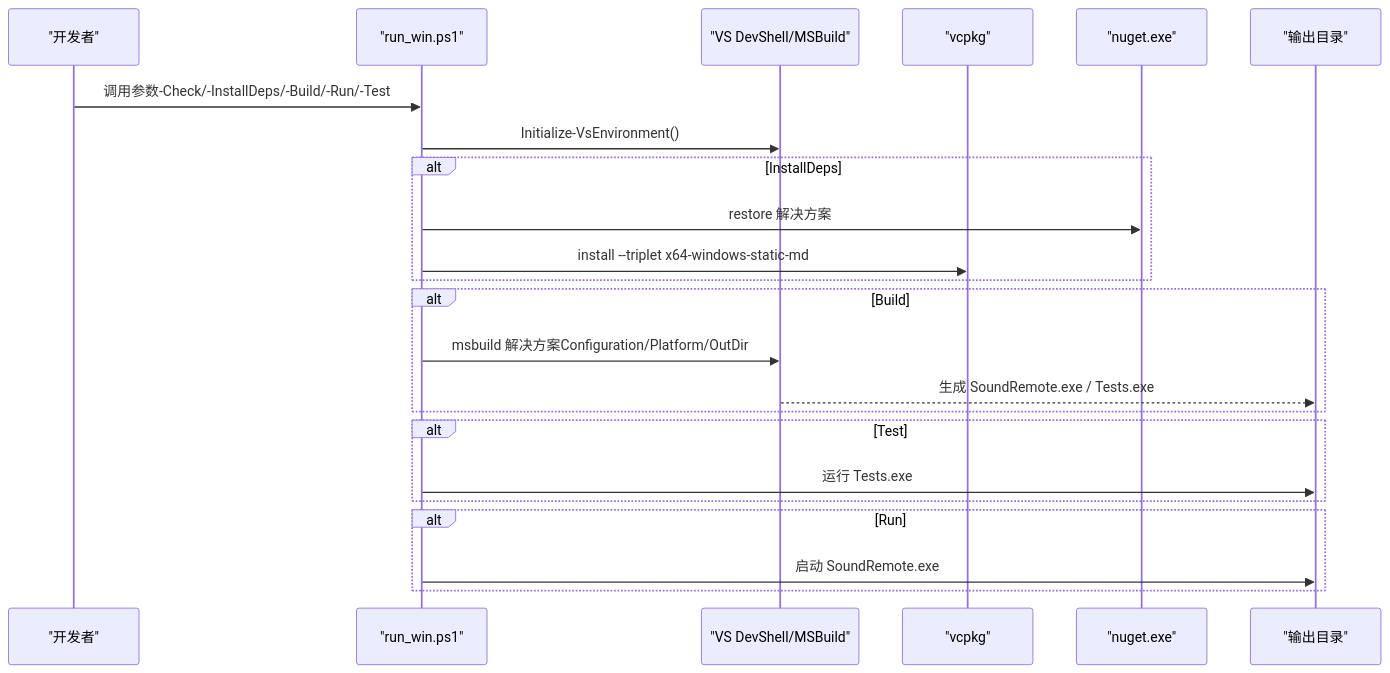
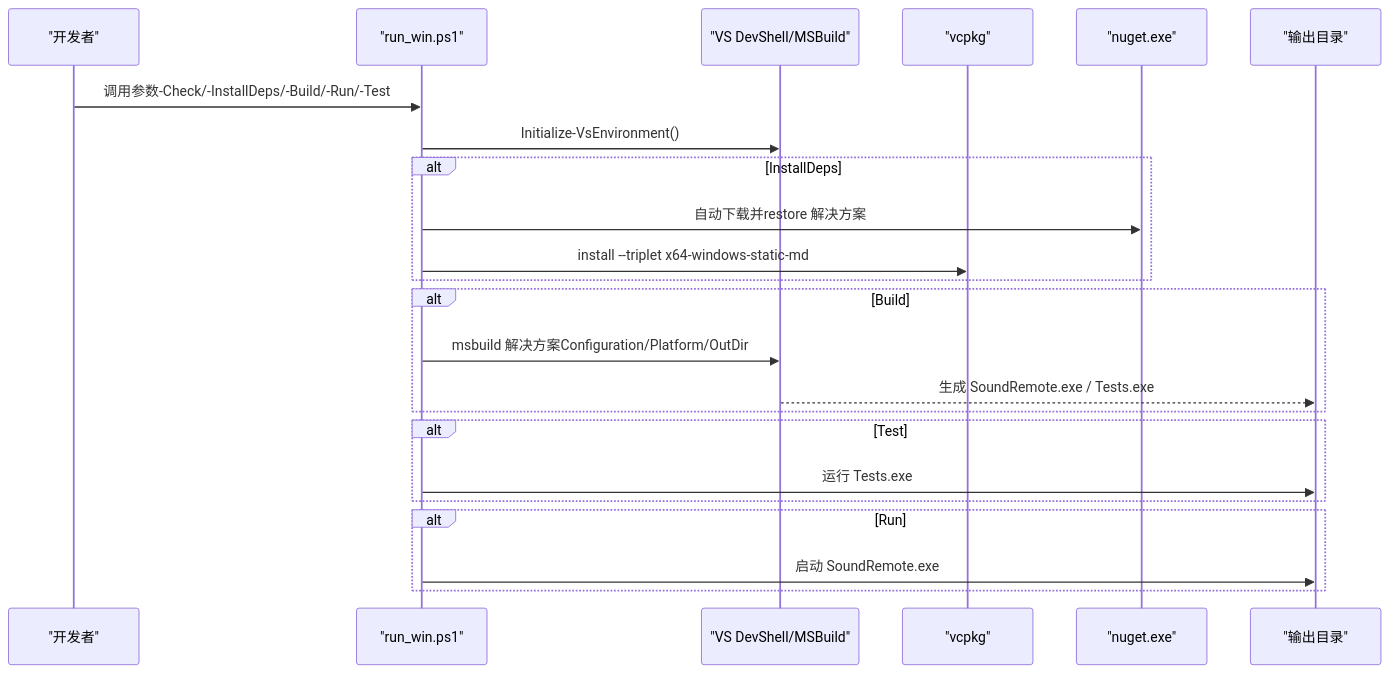
The second of 4 diagrams in .qoder/repowiki/zh/content/构建与部署.md (tea4go/SoundRemote-WinServer), drawn with Mermaid before and after one commit. The commit also changed other lines of this file and 19 other files, not shown here.

````diff
--- a/.qoder/repowiki/zh/content/构建与部署.md
+++ b/.qoder/repowiki/zh/content/构建与部署.md
@@ -83,25 +94,25 @@
 ```mermaid
 sequenceDiagram
 participant Dev as "开发者"
 participant PS as "run_win.ps1"
 participant VS as "VS DevShell/MSBuild"
 participant VCPKG as "vcpkg"
 participant NUGET as "nuget.exe"
 participant BIN as "输出目录"
 Dev->>PS : 调用参数-Check/-InstallDeps/-Build/-Run/-Test
 PS->>VS : Initialize-VsEnvironment()
 alt InstallDeps
-PS->>NUGET : restore 解决方案
+PS->>NUGET : 自动下载并restore 解决方案
 PS->>VCPKG : install --triplet x64-windows-static-md
 end
 alt Build
 PS->>VS : msbuild 解决方案Configuration/Platform/OutDir
 VS-->>BIN : 生成 SoundRemote.exe / Tests.exe
 end
 alt Test
 PS->>BIN : 运行 Tests.exe
 end
 alt Run
 PS->>BIN : 启动 SoundRemote.exe
 end
 ```
````
